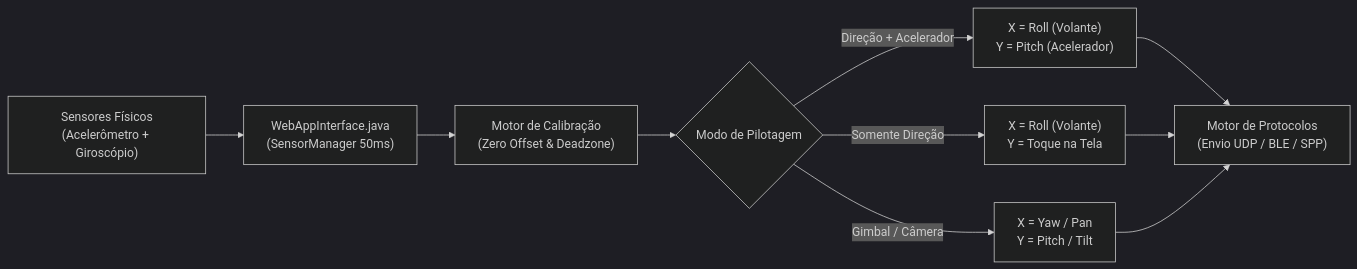
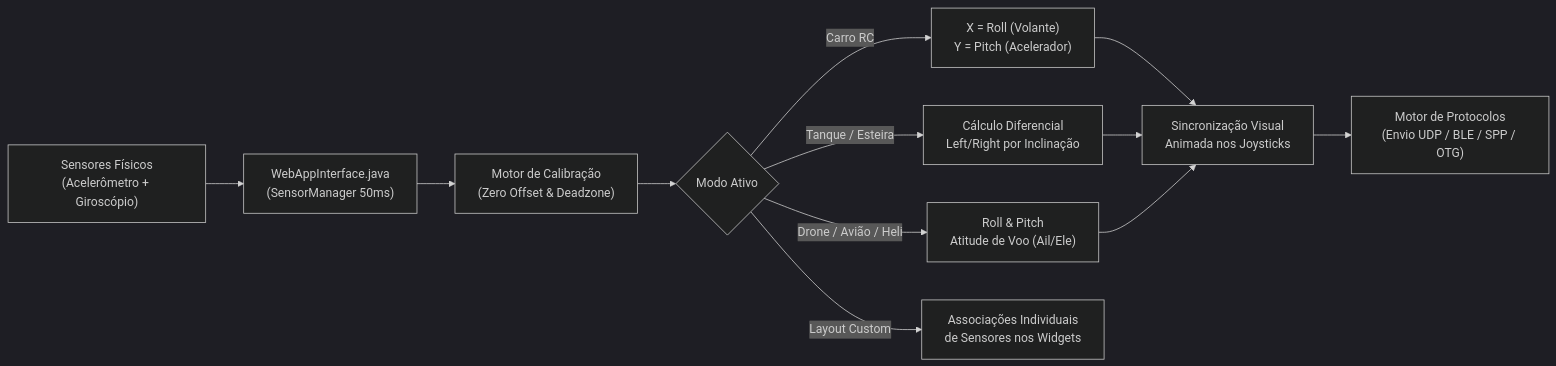
The sixth of 8 diagrams in README.md (BryamSidoly/OmniRC), drawn with Mermaid (dark theme) before and after one commit. The commit also changed other lines of this file and 14 other files, not shown here.

Commit message:
feat: versao 1.3.0 - menu lateral, diagnostico de rede, telemetria/PFD, perfis, gravacao FPV, controle por sensores multi-modo e melhorias no simulador

````diff
--- a/README.md
+++ b/README.md
@@ -307,12 +415,14 @@
 ```mermaid
 flowchart LR
     Sensors["Sensores Físicos\n(Acelerômetro + Giroscópio)"] --> Java["WebAppInterface.java\n(SensorManager 50ms)"]
     Java --> Calib["Motor de Calibração\n(Zero Offset & Deadzone)"]
-    Calib --> Mode{"Modo de Pilotagem"}
-    Mode -->|"Direção + Acelerador"| Drive["X = Roll (Volante)\nY = Pitch (Acelerador)"]
-    Mode -->|"Somente Direção"| Steer["X = Roll (Volante)\nY = Toque na Tela"]
-    Mode -->|"Gimbal / Câmera"| Gimbal["X = Yaw / Pan\nY = Pitch / Tilt"]
-    Drive --> Proto["Motor de Protocolos\n(Envio UDP / BLE / SPP)"]
-    Steer --> Proto
-    Gimbal --> Proto
+    Calib --> Mode{"Modo Ativo"}
+    Mode -->|"Carro RC"| Drive["X = Roll (Volante)\nY = Pitch (Acelerador)"]
+    Mode -->|"Tanque / Esteira"| TankDiff["Cálculo Diferencial\nLeft/Right por Inclinação"]
+    Mode -->|"Drone / Avião / Heli"| Aero["Roll & Pitch\nAtitude de Voo (Ail/Ele)"]
+    Mode -->|"Layout Custom"| CustomBindings["Associações Individuais\nde Sensores nos Widgets"]
+    Drive --> VisualJoy["Sincronização Visual\nAnimada nos Joysticks"]
+    TankDiff --> VisualJoy
+    Aero --> VisualJoy
+    VisualJoy --> Proto["Motor de Protocolos\n(Envio UDP / BLE / SPP / OTG)"]
 ```
````
